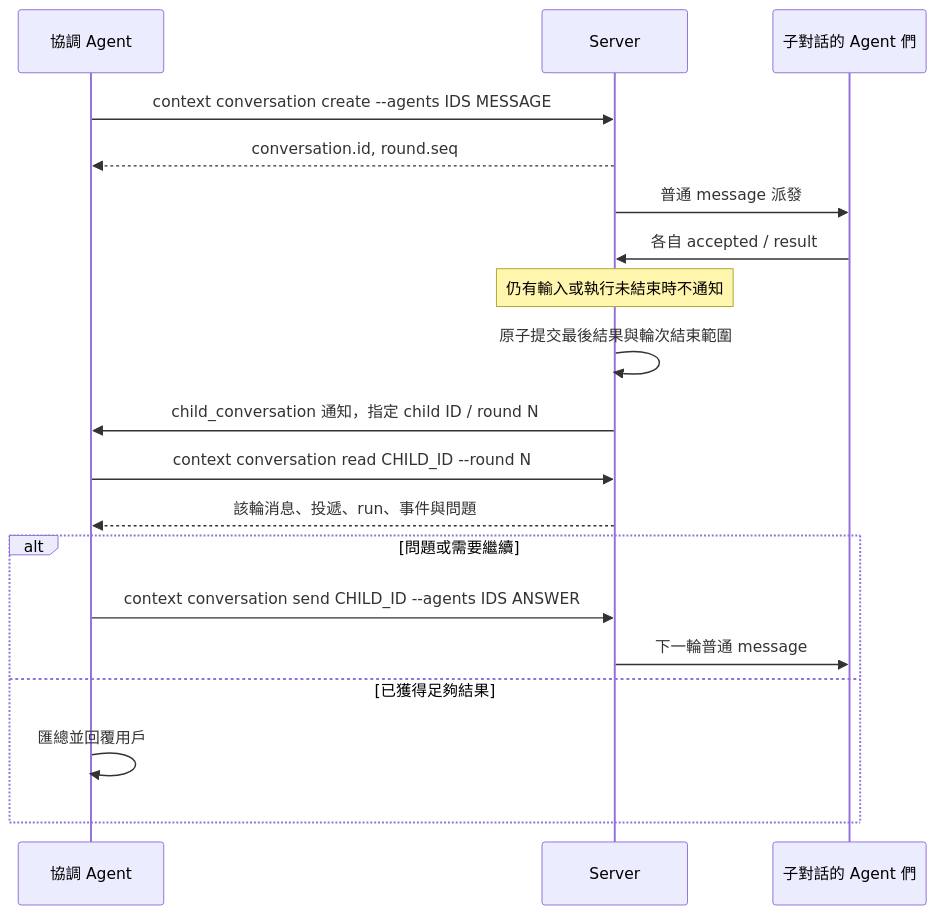
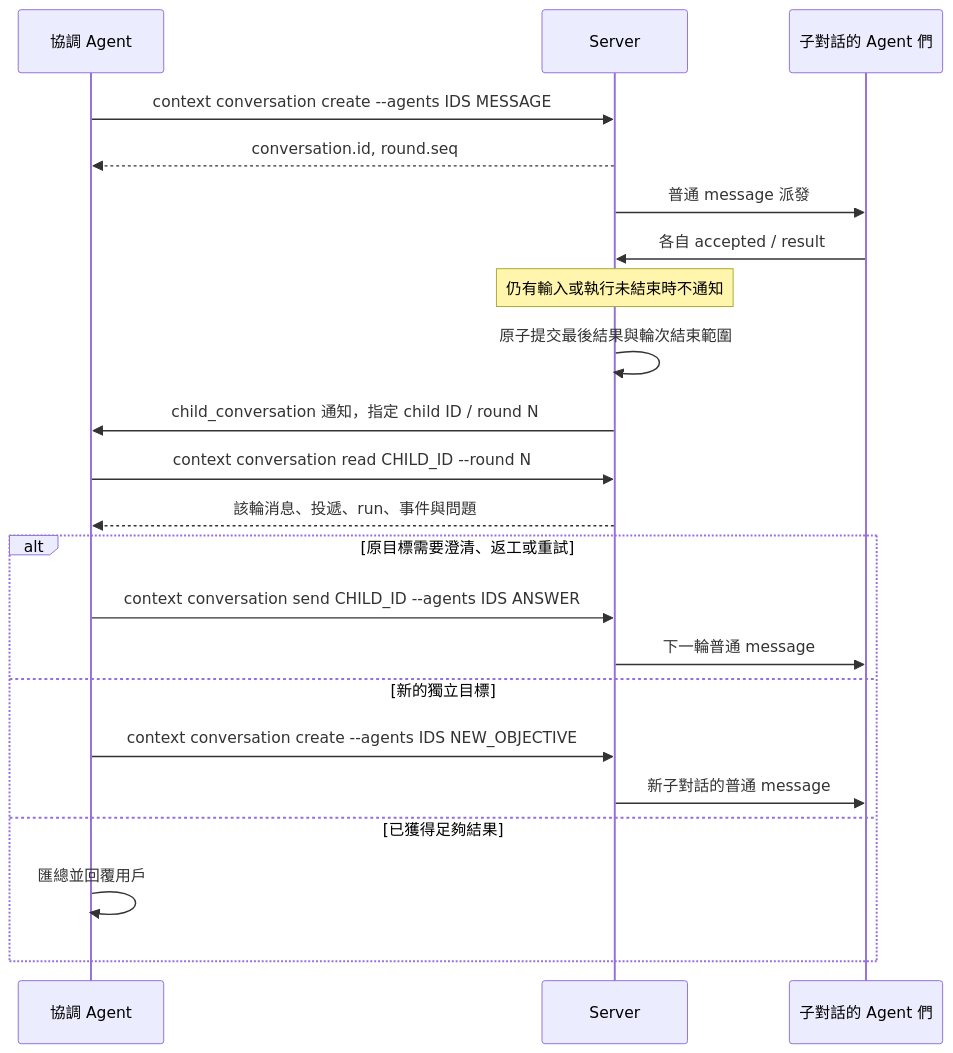
One commit to memory-co/agentuse changed the diagram in designs/v3/server-conversation-nest.md. Above: the diagram before and after it, drawn with Mermaid. The commit also changed other lines of this file and 7 other files, not shown here.

````diff
--- a/designs/v3/server-conversation-nest.md
+++ b/designs/v3/server-conversation-nest.md
@@ -11,21 +11,24 @@
 ```mermaid
 sequenceDiagram
     participant P as 協調 Agent
     participant S as Server
     participant C as 子對話的 Agent 們
     P->>S: context conversation create --agents IDS MESSAGE
     S-->>P: conversation.id, round.seq
     S->>C: 普通 message 派發
     C->>S: 各自 accepted / result
     Note over S: 仍有輸入或執行未結束時不通知
     S->>S: 原子提交最後結果與輪次結束範圍
     S->>P: child_conversation 通知，指定 child ID / round N
     P->>S: context conversation read CHILD_ID --round N
     S-->>P: 該輪消息、投遞、run、事件與問題
-    alt 問題或需要繼續
+    alt 原目標需要澄清、返工或重試
         P->>S: context conversation send CHILD_ID --agents IDS ANSWER
         S->>C: 下一輪普通 message
+    else 新的獨立目標
+        P->>S: context conversation create --agents IDS NEW_OBJECTIVE
+        S->>C: 新子對話的普通 message
     else 已獲得足夠結果
         P->>P: 匯總並回覆用戶
     end
 ```
````
